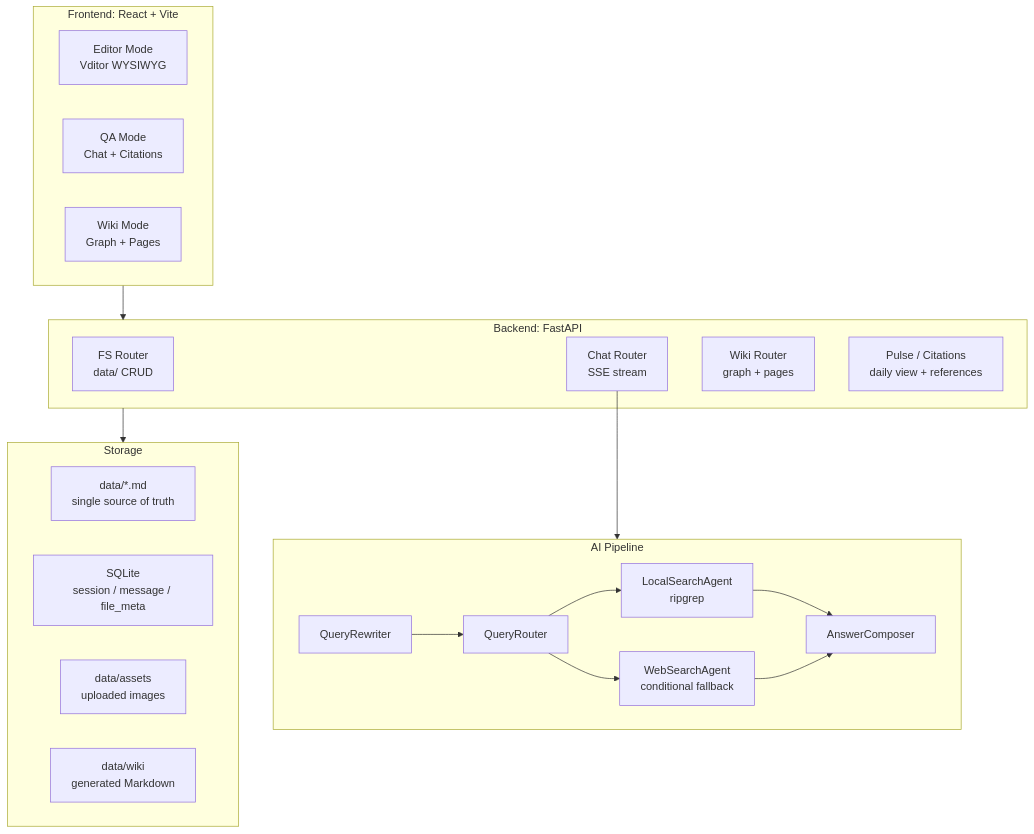
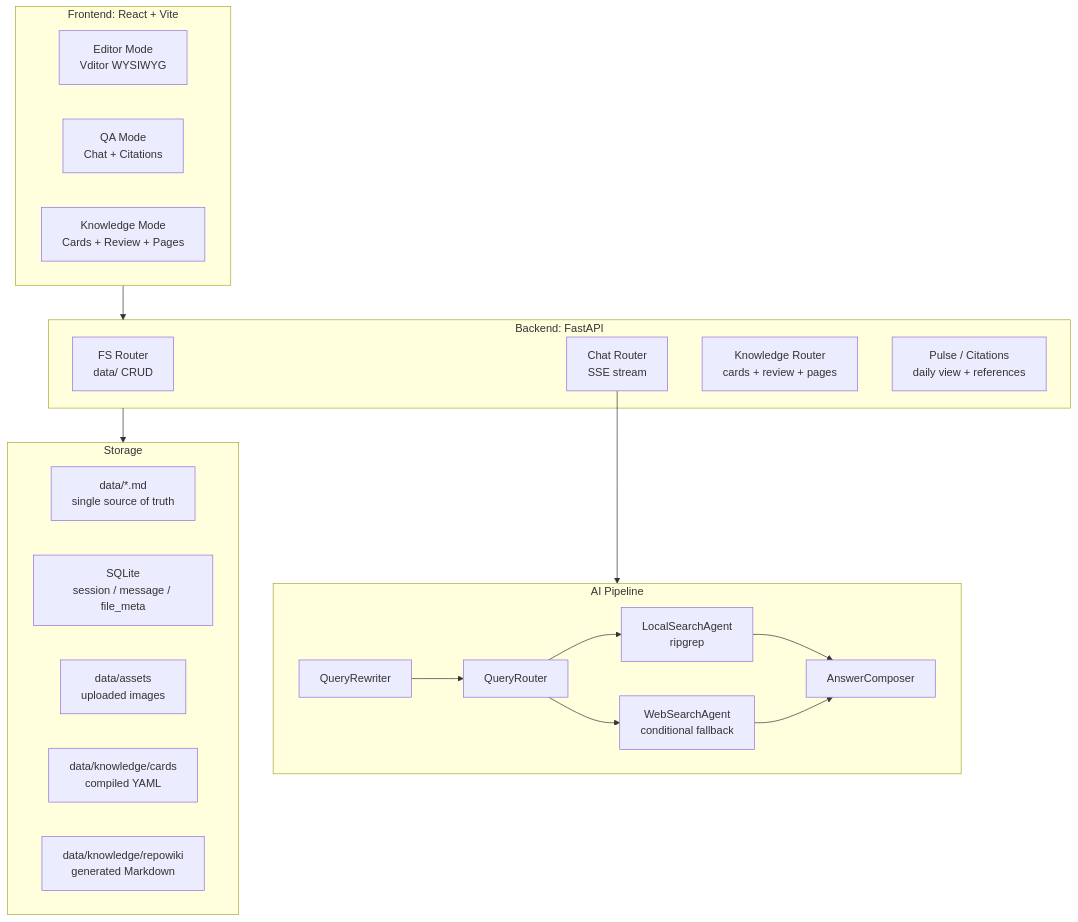
The diagram in docs/wiki/explanation/architecture.md (YeyezhizzZ/deepmemo), drawn with Mermaid before and after one commit. The commit also changed other lines of this file and 35 other files, not shown here.

````diff
--- a/docs/wiki/explanation/architecture.md
+++ b/docs/wiki/explanation/architecture.md
@@ -5,34 +5,35 @@
 ```mermaid
 graph TB
     subgraph Frontend["Frontend: React + Vite"]
         Editor["Editor Mode<br/>Vditor WYSIWYG"]
         QA["QA Mode<br/>Chat + Citations"]
-        Wiki["Wiki Mode<br/>Graph + Pages"]
+        Knowledge["Knowledge Mode<br/>Cards + Review + Pages"]
     end
 
     subgraph Backend["Backend: FastAPI"]
         FS["FS Router<br/>data/ CRUD"]
         Chat["Chat Router<br/>SSE stream"]
-        WikiR["Wiki Router<br/>graph + pages"]
+        KnowledgeR["Knowledge Router<br/>cards + review + pages"]
         Pulse["Pulse / Citations<br/>daily view + references"]
     end
 
     subgraph AI["AI Pipeline"]
         Rewriter["QueryRewriter"] --> Router["QueryRouter"]
         Router --> Local["LocalSearchAgent<br/>ripgrep"]
         Router --> Web["WebSearchAgent<br/>conditional fallback"]
         Local --> Composer["AnswerComposer"]
         Web --> Composer
     end
 
     subgraph Storage["Storage"]
         MD["data/*.md<br/>single source of truth"]
         DB["SQLite<br/>session / message / file_meta"]
         Assets["data/assets<br/>uploaded images"]
-        WikiFiles["data/wiki<br/>generated Markdown"]
+        Cards["data/knowledge/cards<br/>compiled YAML"]
+        RepoWiki["data/knowledge/repowiki<br/>generated Markdown"]
     end
 
     Frontend --> Backend
     Chat --> AI
     Backend --> Storage
 ```
````
